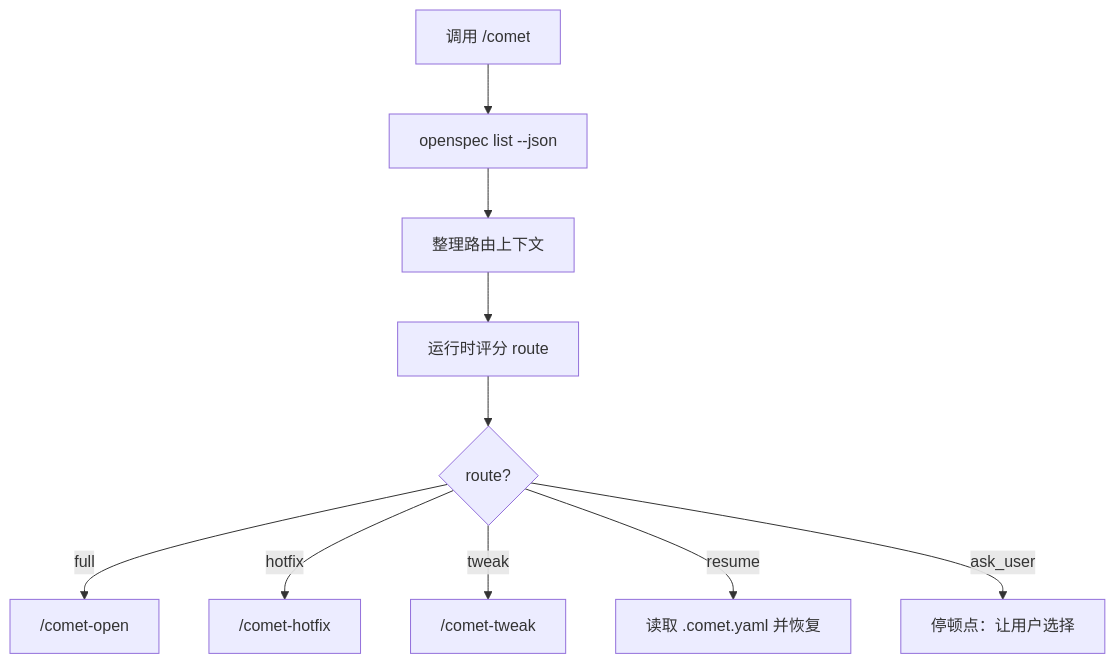
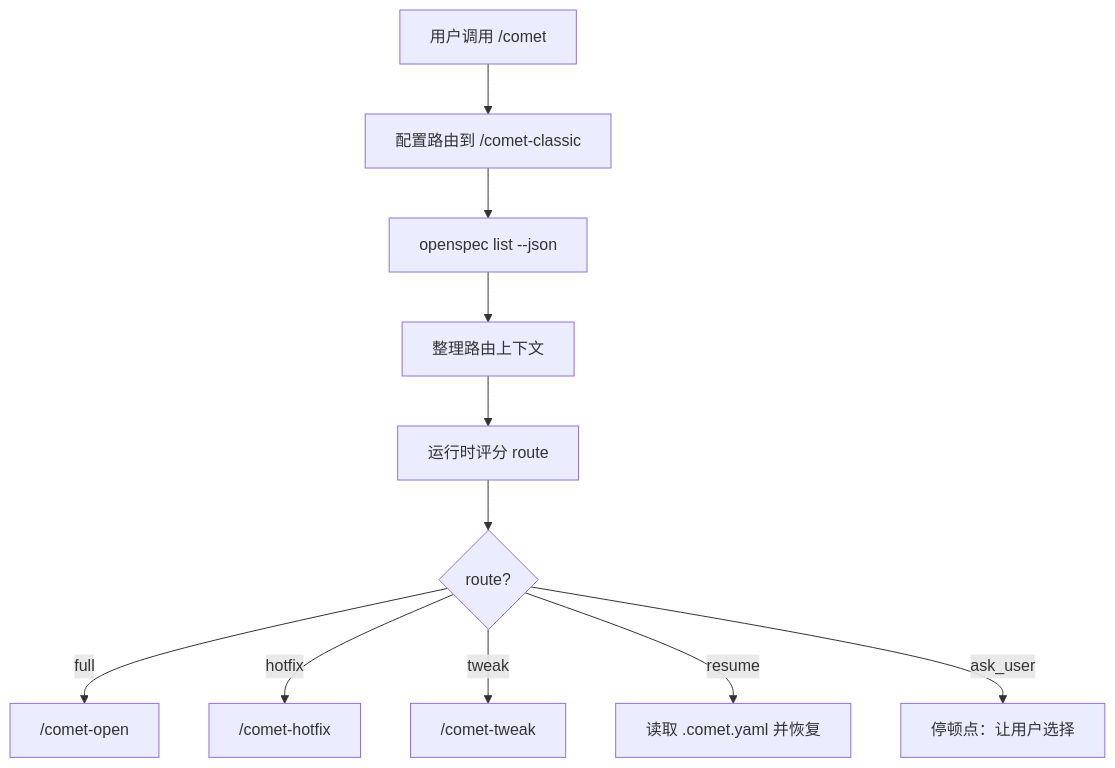
Before and after one commit to rpamis/comet-website-docs: the fifth of 5 diagrams in zh/concepts/workflow.mdx, drawn with Mermaid. The commit also changed other lines of this file and 114 other files, not shown here.

````diff
--- a/zh/concepts/workflow.mdx
+++ b/zh/concepts/workflow.mdx
@@ -289,12 +306,13 @@
 ```mermaid
 flowchart TD
-  A["调用 /comet"] --> B["openspec list --json"]
-  B --> C["整理路由上下文"]
-  C --> D["运行时评分 route"]
-  D --> E{"route?"}
-  E -->|full| F["/comet-open"]
-  E -->|hotfix| G["/comet-hotfix"]
-  E -->|tweak| H["/comet-tweak"]
-  E -->|resume| I["读取 .comet.yaml 并恢复"]
-  E -->|ask_user| J["停顿点：让用户选择"]
+  A["用户调用 /comet"] --> B["配置路由到 /comet-classic"]
+  B --> C["openspec list --json"]
+  C --> D["整理路由上下文"]
+  D --> E["运行时评分 route"]
+  E --> F{"route?"}
+  F -->|full| G["/comet-open"]
+  F -->|hotfix| H["/comet-hotfix"]
+  F -->|tweak| I["/comet-tweak"]
+  F -->|resume| J["读取 .comet.yaml 并恢复"]
+  F -->|ask_user| K["停顿点：让用户选择"]
 ```
````
